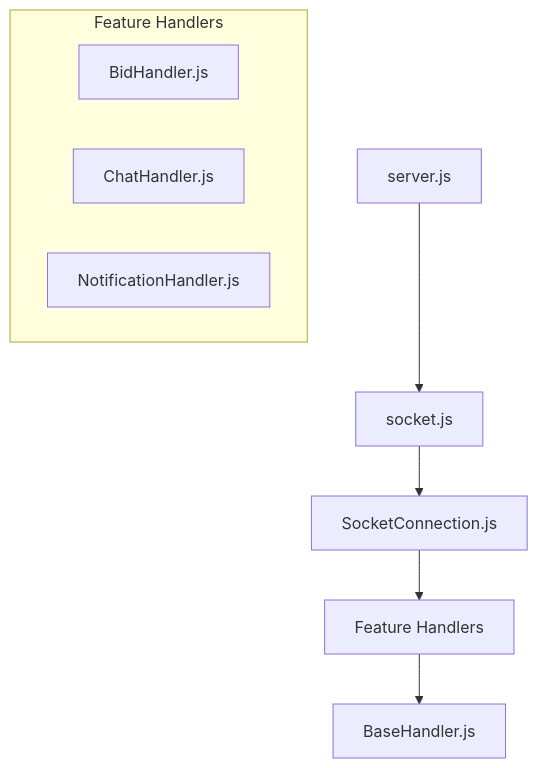
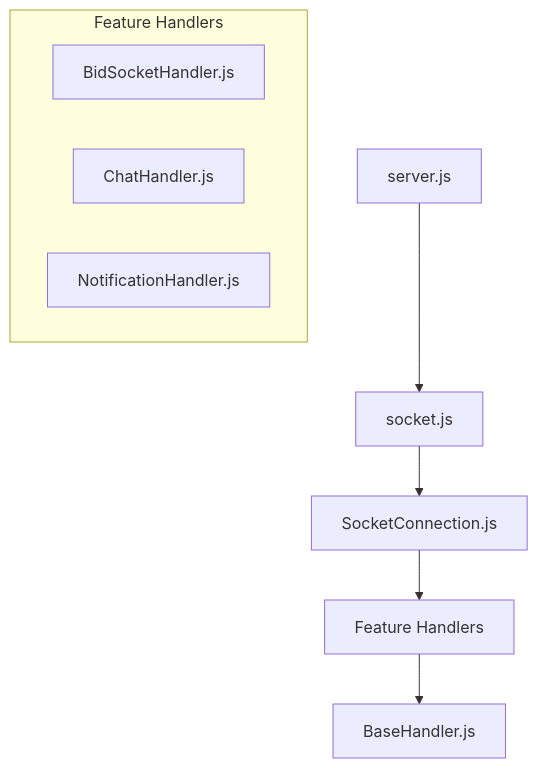
One commit to hhe-wtag/bidify changed the diagram in backend/README.md. Above: the diagram before and after it, drawn with Mermaid. The commit also changed other lines of this file and 7 other files, not shown here.

````diff
--- a/backend/README.md
+++ b/backend/README.md
@@ -209,13 +209,13 @@
 ```mermaid
 graph TD
     A[server.js] --> B[socket.js]
     B --> C[SocketConnection.js]
     C --> D[Feature Handlers]
     D --> E[BaseHandler.js]
 
     subgraph Feature Handlers
-        D1[BidHandler.js]
+        D1[BidSocketHandler.js]
         D2[ChatHandler.js]
         D3[NotificationHandler.js]
     end
 ```
````
